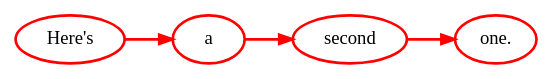
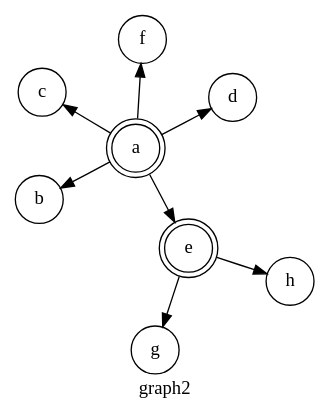
One commit to svn2github/canviz changed the diagram in examples/multiple/graph2.gv. Above: the diagram before and after it, drawn with Graphviz. The commit also changed 2 other files, not shown here.

Commit message:
More-interesting graphs

```diff
--- a/examples/multiple/graph2.gv
+++ b/examples/multiple/graph2.gv
@@ -1,6 +1,9 @@
 digraph graph2 {
-  graph [rankdir=LR]
-  node [color=red, penwidth=2]
-  edge [color=red, penwidth=2]
-  "Here's" -> "a" -> "second" -> "one."
+  label=graph2
+  layout=neato
+  node [shape=circle, peripheries=2]
+  a e
+  node [peripheries=1]
+  a->{b c d e f}
+  e->{g h}
 }
```
